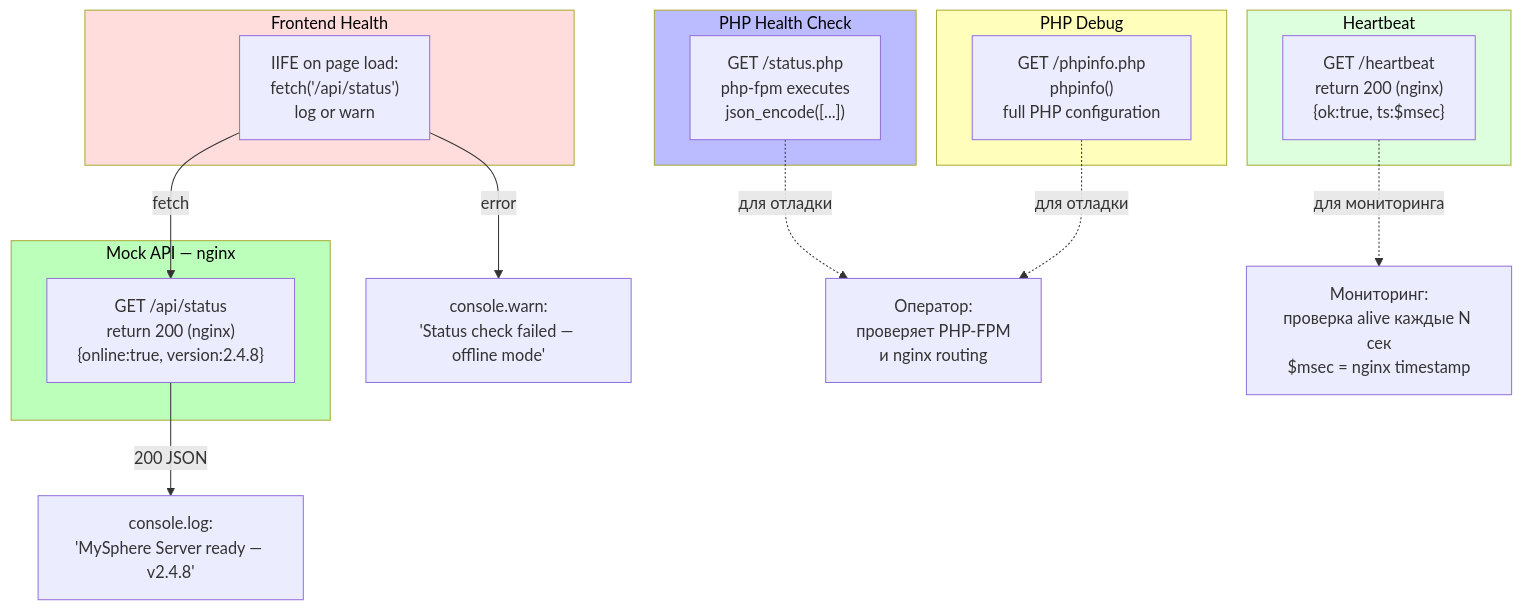
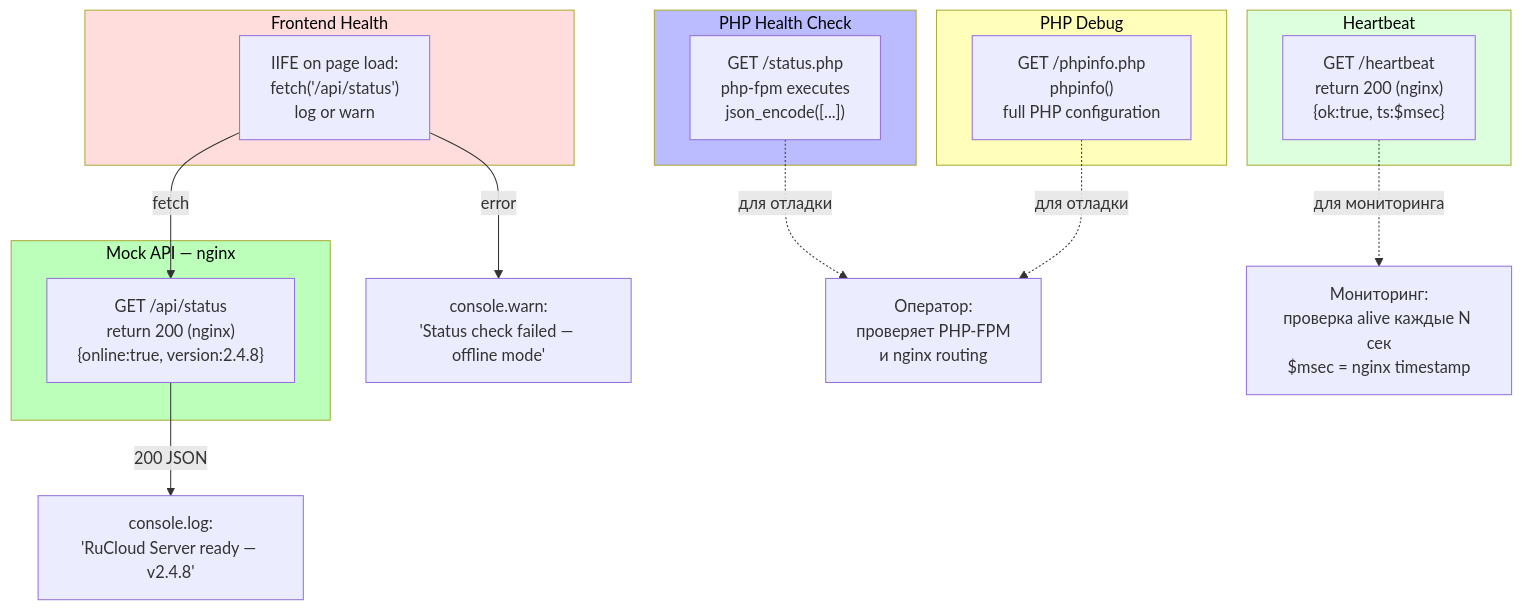
The tenth of 14 diagrams in docs/myshpere-logic.md (Armruswest2024/RuCloud), drawn with Mermaid before and after one commit. The commit also changed other lines of this file and 12 other files, not shown here.

````diff
--- a/docs/myshpere-logic.md
+++ b/docs/myshpere-logic.md
@@ -388,37 +388,37 @@
 ```mermaid
 flowchart TD
   subgraph MOCK_API [Mock API — nginx]
     M1["GET /api/status\nreturn 200 (nginx)\n{online:true, version:2.4.8}"]
   end
 
   subgraph PHP_HEALTH [PHP Health Check]
     P1["GET /status.php\nphp-fpm executes\njson_encode([...])"]
   end
 
   subgraph PHP_DEBUG [PHP Debug]
     P2["GET /phpinfo.php\nphpinfo()\nfull PHP configuration"]
   end
 
   subgraph HEARTBEAT [Heartbeat]
     H1["GET /heartbeat\nreturn 200 (nginx)\n{ok:true, ts:$msec}"]
   end
 
   subgraph FRONTEND_CHECK [Frontend Health]
     F1["IIFE on page load:\nfetch('/api/status')\nlog or warn"]
   end
 
   F1 -->|"fetch"| M1
-  M1 -->|"200 JSON"| F2["console.log:\n'MySphere Server ready — v2.4.8'"]
+  M1 -->|"200 JSON"| F2["console.log:\n'RuCloud Server ready — v2.4.8'"]
   F1 -->|"error"| F3["console.warn:\n'Status check failed — offline mode'"]
 
   P1 -. для отладки .-> Ops["Оператор:\nпроверяет PHP-FPM\nи nginx routing"]
   P2 -. для отладки .-> Ops
 
   H1 -. для мониторинга .-> Monitor["Мониторинг:\nпроверка alive каждые N сек\n$msec = nginx timestamp"]
 
   style MOCK_API fill:#bfb,color:#000
   style PHP_HEALTH fill:#bbf,color:#000
   style PHP_DEBUG fill:#ffb,color:#000
   style HEARTBEAT fill:#dfd,color:#000
   style FRONTEND_CHECK fill:#fdd,color:#000
 ```
````
